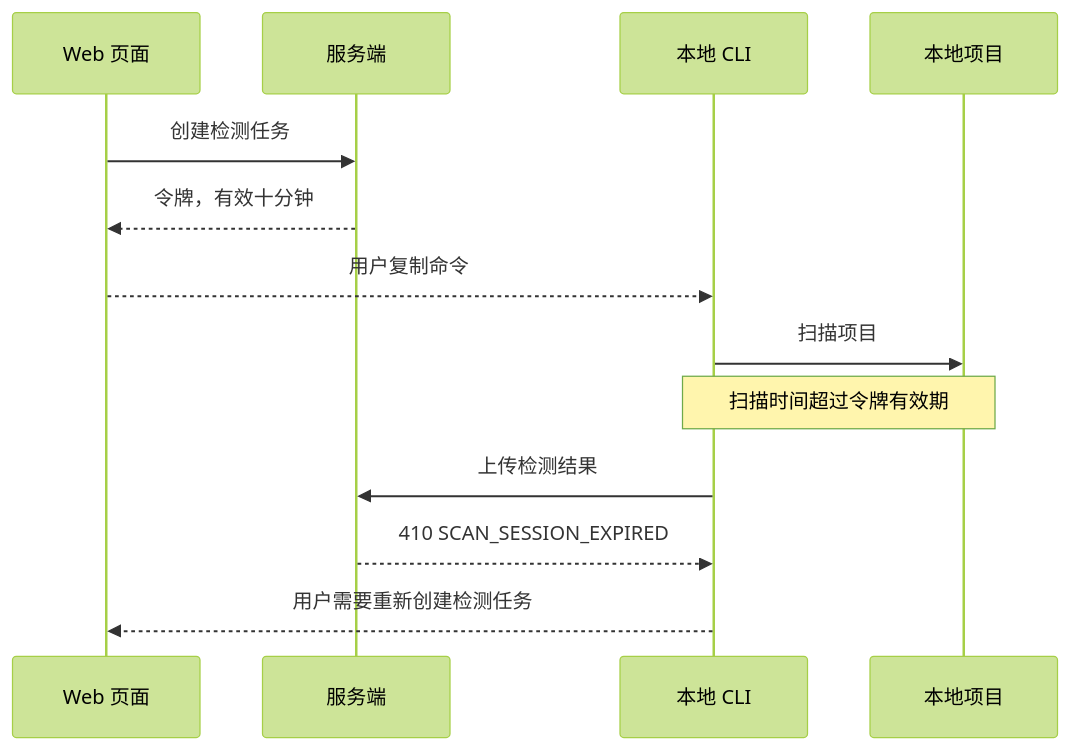
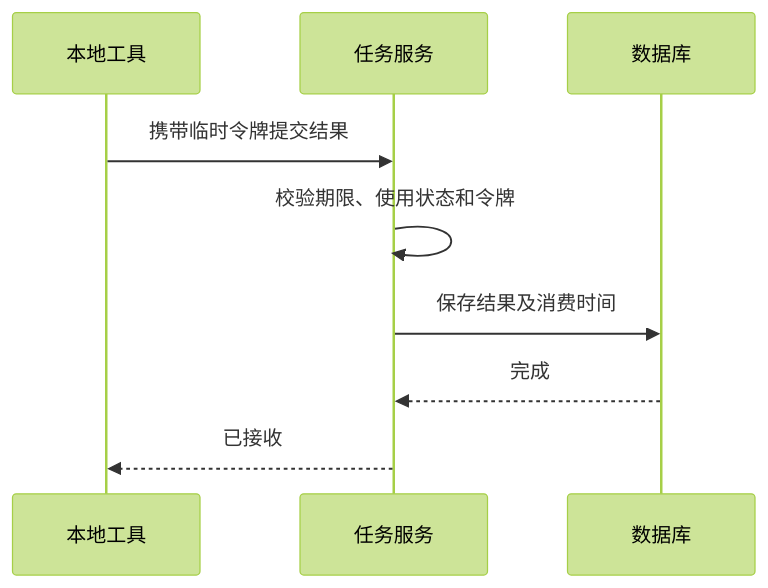
The second of 2 diagrams in docs/phases/01-project-scan/ticket-02.md (iamjeffwan/Lint), drawn with Mermaid (forest theme) before and after one commit. The commit also changed other lines of this file and 13 other files, not shown here.

````diff
--- a/docs/phases/01-project-scan/ticket-02.md
+++ b/docs/phases/01-project-scan/ticket-02.md
@@ -60,16 +36,11 @@
 ```mermaid
 sequenceDiagram
-    participant Web as Web 页面
-    participant Server as 服务端
-    participant CLI as 本地 CLI
-    participant Project as 本地项目
-
-    Web->>Server: 创建检测任务
-    Server-->>Web: 令牌，有效十分钟
-    Web-->>CLI: 用户复制命令
-    CLI->>Project: 扫描项目
-    Note over CLI,Project: 扫描时间超过令牌有效期
-    CLI->>Server: 上传检测结果
-    Server-->>CLI: 410 SCAN_SESSION_EXPIRED
-    CLI-->>Web: 用户需要重新创建检测任务
+    participant CLI as 本地工具
+    participant Service as 任务服务
+    participant DB as 数据库
+    CLI->>Service: 携带临时令牌提交结果
+    Service->>Service: 校验期限、使用状态和令牌
+    Service->>DB: 保存结果及消费时间
+    DB-->>Service: 完成
+    Service-->>CLI: 已接收
 ```
````
